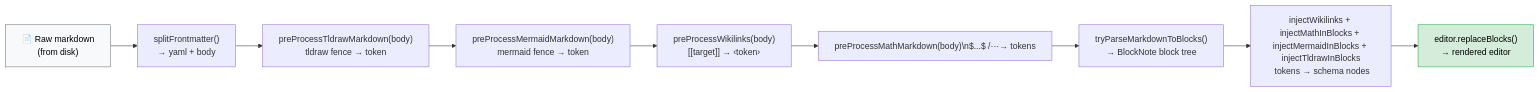
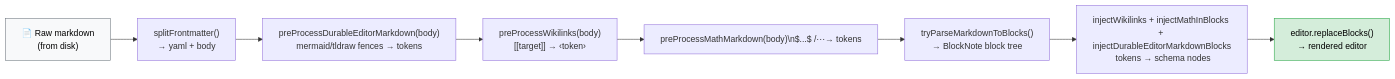
Before and after one commit to aimeritething/Fuwa: the second of 3 diagrams in docs/ABSTRACTIONS.md, drawn with Mermaid. The commit also changed other lines of this file and 12 other files, not shown here.

Commit message:
refactor(editor): share durable block codecs

````diff
--- a/docs/ABSTRACTIONS.md
+++ b/docs/ABSTRACTIONS.md
@@ -585,14 +586,13 @@
 ```mermaid
 flowchart LR
     A["📄 Raw markdown\n(from disk)"] --> B["splitFrontmatter()\n→ yaml + body"]
-    B --> C["preProcessTldrawMarkdown(body)\ntldraw fence → token"]
-    C --> D["preProcessMermaidMarkdown(body)\nmermaid fence → token"]
-    D --> E["preProcessWikilinks(body)\n[[target]] → ‹token›"]
-    E --> F["preProcessMathMarkdown(body)\n$...$ / $$...$$ → tokens"]
-    F --> G["tryParseMarkdownToBlocks()\n→ BlockNote block tree"]
-    G --> H["injectWikilinks + injectMathInBlocks + injectMermaidInBlocks + injectTldrawInBlocks\n tokens → schema nodes"]
-    H --> I["editor.replaceBlocks()\n→ rendered editor"]
+    B --> C["preProcessDurableEditorMarkdown(body)\nmermaid/tldraw fences → tokens"]
+    C --> D["preProcessWikilinks(body)\n[[target]] → ‹token›"]
+    D --> E["preProcessMathMarkdown(body)\n$...$ / $$...$$ → tokens"]
+    E --> F["tryParseMarkdownToBlocks()\n→ BlockNote block tree"]
+    F --> G["injectWikilinks + injectMathInBlocks + injectDurableEditorMarkdownBlocks\n tokens → schema nodes"]
+    G --> H["editor.replaceBlocks()\n→ rendered editor"]
 
     style A fill:#f8f9fa,stroke:#6c757d,color:#000
-    style I fill:#d4edda,stroke:#28a745,color:#000
+    style H fill:#d4edda,stroke:#28a745,color:#000
 ```
````
